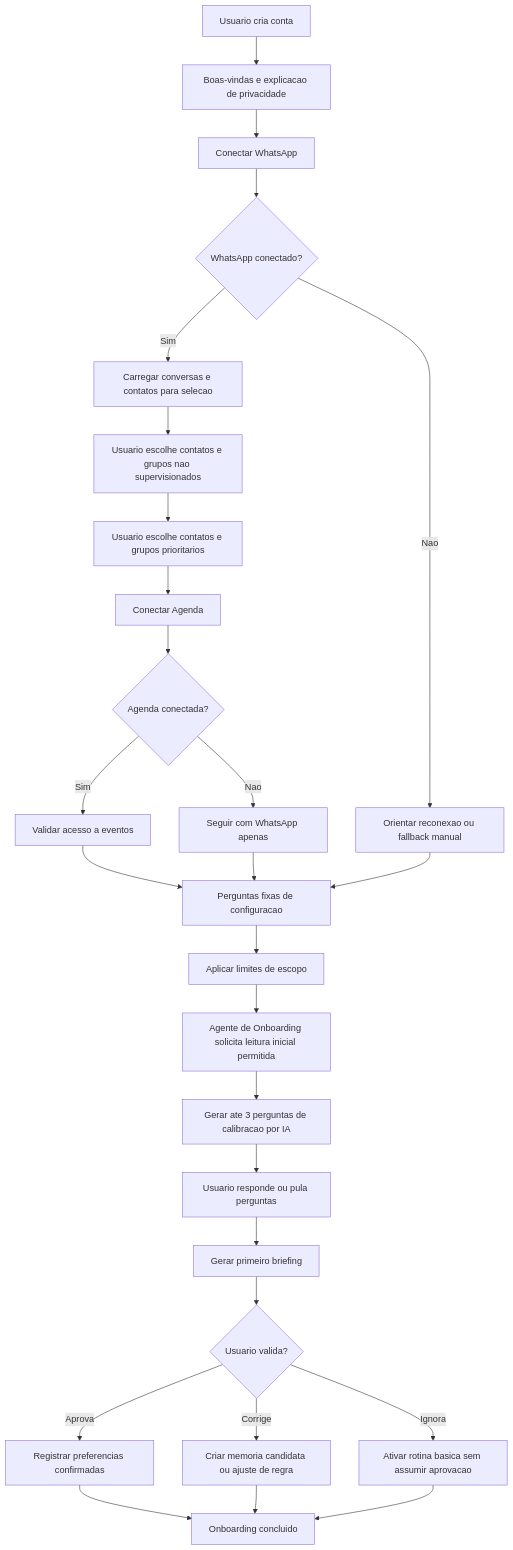
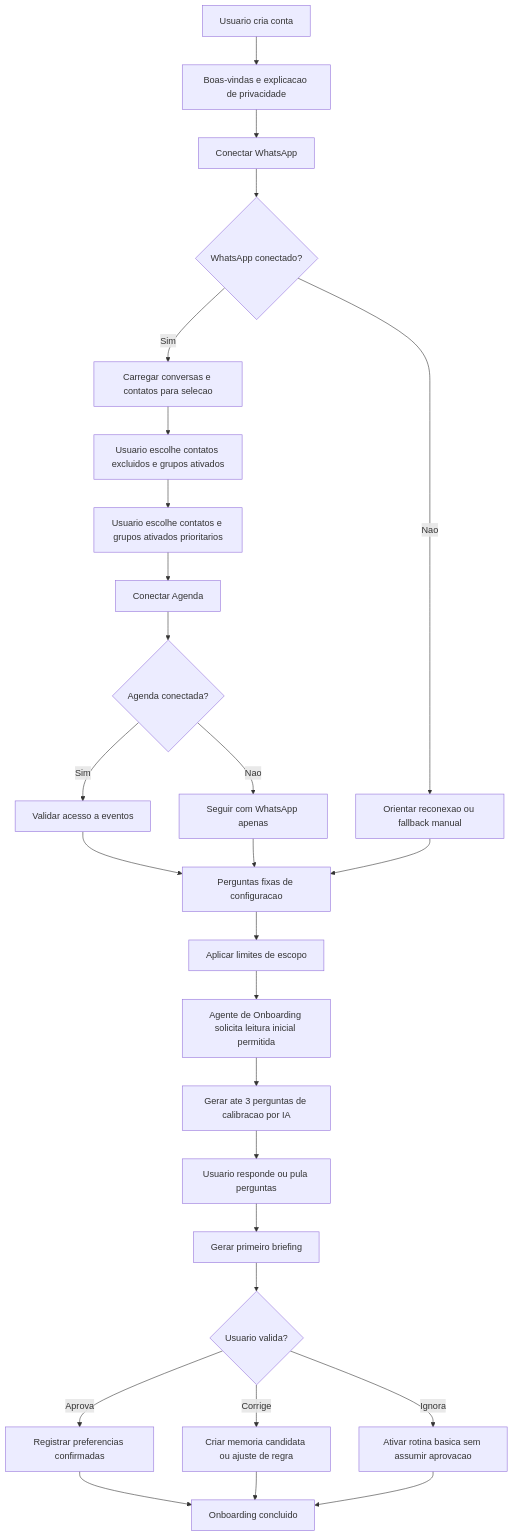
One commit to GuilhermeSerafim/co-ceo changed the diagram in docs/produto/05-subjornada-onboarding.md. Above: the diagram before and after it, drawn with Mermaid. The commit also changed other lines of this file, not shown here.

````diff
--- a/docs/produto/05-subjornada-onboarding.md
+++ b/docs/produto/05-subjornada-onboarding.md
@@ -64,36 +64,36 @@
 ```mermaid
 flowchart TD
     A["Usuario cria conta"] --> B["Boas-vindas e explicacao de privacidade"]
     B --> C["Conectar WhatsApp"]
     C --> D{"WhatsApp conectado?"}
 
     D -->|Sim| E["Carregar conversas e contatos para selecao"]
     D -->|Nao| D1["Orientar reconexao ou fallback manual"]
 
-    E --> F["Usuario escolhe contatos e grupos nao supervisionados"]
-    F --> G["Usuario escolhe contatos e grupos prioritarios"]
+    E --> F["Usuario escolhe contatos excluidos e grupos ativados"]
+    F --> G["Usuario escolhe contatos e grupos ativados prioritarios"]
     G --> H["Conectar Agenda"]
 
     H --> I{"Agenda conectada?"}
     I -->|Sim| J["Validar acesso a eventos"]
     I -->|Nao| I1["Seguir com WhatsApp apenas"]
 
     J --> K["Perguntas fixas de configuracao"]
     I1 --> K
     D1 --> K
 
     K --> L["Aplicar limites de escopo"]
     L --> M["Agente de Onboarding solicita leitura inicial permitida"]
     M --> N["Gerar ate 3 perguntas de calibracao por IA"]
     N --> O["Usuario responde ou pula perguntas"]
     O --> P["Gerar primeiro briefing"]
     P --> Q{"Usuario valida?"}
 
     Q -->|Aprova| R["Registrar preferencias confirmadas"]
     Q -->|Corrige| S["Criar memoria candidata ou ajuste de regra"]
     Q -->|Ignora| T["Ativar rotina basica sem assumir aprovacao"]
 
     R --> U["Onboarding concluido"]
     S --> U
     T --> U
 ```
````
